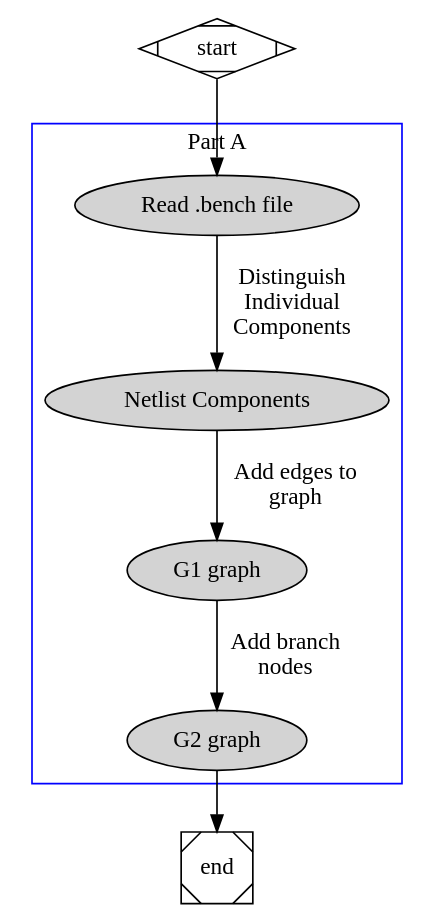
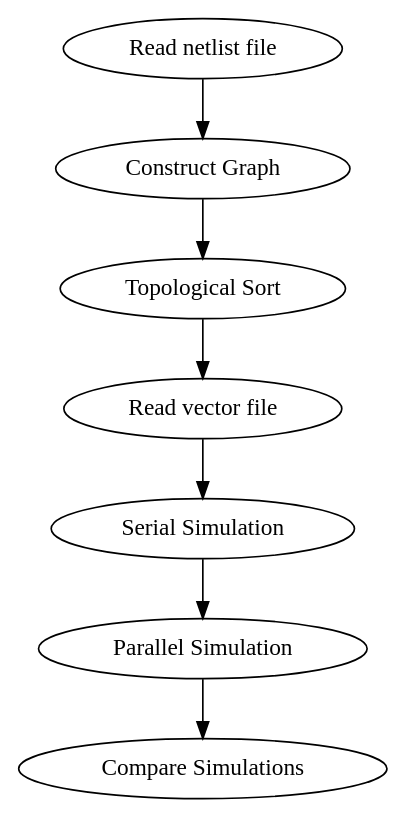
One commit to MakisChristou/ParallelCircuitSimulator changed the diagram in Diagram.dot. Above: the diagram before and after it, drawn with Graphviz. The commit also changed 7 other files, not shown here.

```diff
--- a/Diagram.dot
+++ b/Diagram.dot
@@ -1,24 +1,22 @@
 digraph G {
+	
+	a[label="Read netlist file"];
+	b[label="Construct Graph"];
+	c[label="Topological Sort"];
+	d[label="Read vector file"];
+	e[label="Serial Simulation"];
+	f[label="Parallel Simulation"];
+	g[label="Compare Simulations"];
 
-	subgraph cluster_0 {
-		node [style=filled];
-		color=blue
-		a0 -> a1[label = "Distinguish\nIndividual\nComponents"]; 
-		a1 -> a2[label="Add edges to\ngraph"];
-		a2 -> a3[label = "Add branch\nnodes"];
-		label = "Part A";
-	}
 
-	a0 [label="Read .bench file"]
-	a1 [label="Netlist Components"]
-	a2 [label="G1 graph"]
-	a3 [label="G2 graph"]
+	a -> b;
+	b -> c;
+	c -> d;
+	d -> e;
+	e -> f;
+	f -> g;
 
 
 
-	start -> a0;
-	a3 -> end;
 
-	start [shape=Mdiamond];
-	end [shape=Msquare];
 }
```
